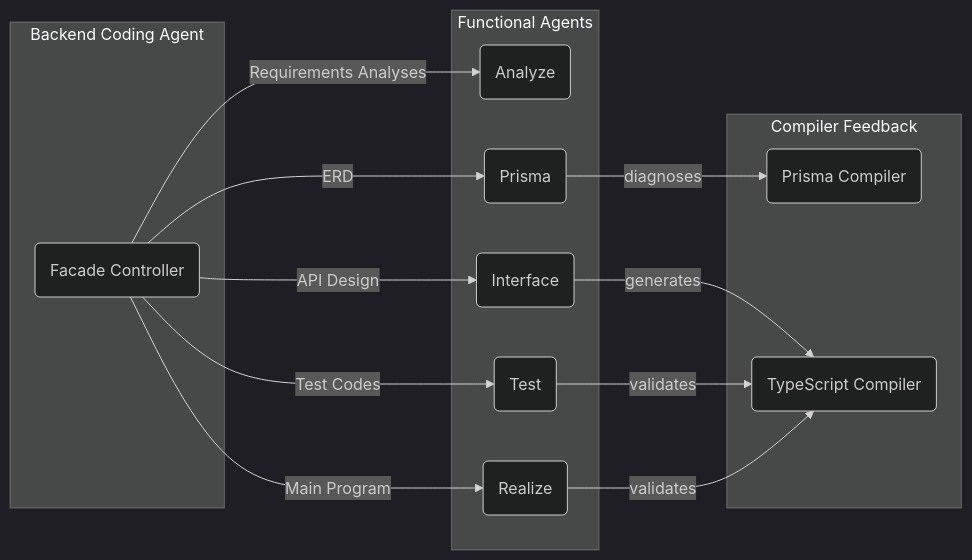
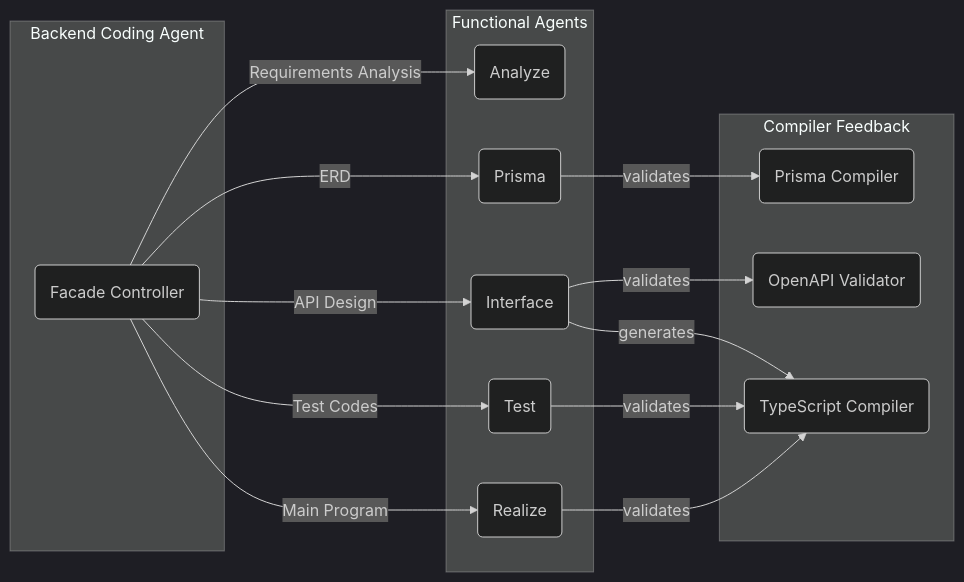
Before and after one commit to RavenView-ai/autobe: the first of 4 diagrams in README.md, drawn with Mermaid (dark theme). The commit also changed other lines of this file, not shown here.

````diff
--- a/README.md
+++ b/README.md
@@ -47,19 +34,20 @@
 ```mermaid
 flowchart LR
 subgraph "Backend Coding Agent"
   coder("Facade Controller")
 end
 subgraph "Functional Agents"
-  coder --"Requirements Analyses"--> analyze("Analyze")
+  coder --"Requirements Analysis"--> analyze("Analyze")
   coder --"ERD"--> prisma("Prisma")
   coder --"API Design"--> interface("Interface")
   coder --"Test Codes" --> test("Test")
   coder --"Main Program" --> realize("Realize")
 end
 subgraph "Compiler Feedback"
-  prisma --"diagnoses" --> prismaCompiler("Prisma Compiler")
+  prisma --"validates" --> prismaCompiler("Prisma Compiler")
+  interface --"validates" --> openapiValidator("OpenAPI Validator")
   interface --"generates" --> tsCompiler("TypeScript Compiler")
   test --"validates" --> tsCompiler("TypeScript Compiler")
   realize --"validates" --> tsCompiler("TypeScript Compiler")
 end
 ```
````
